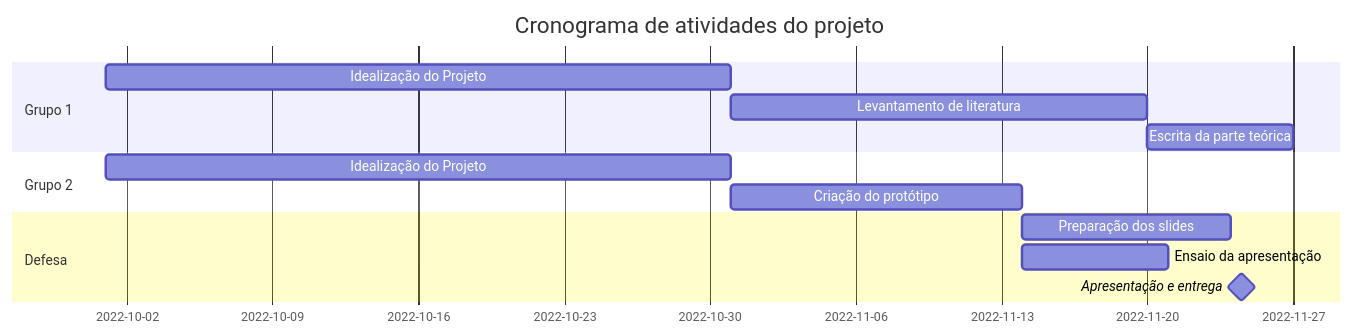
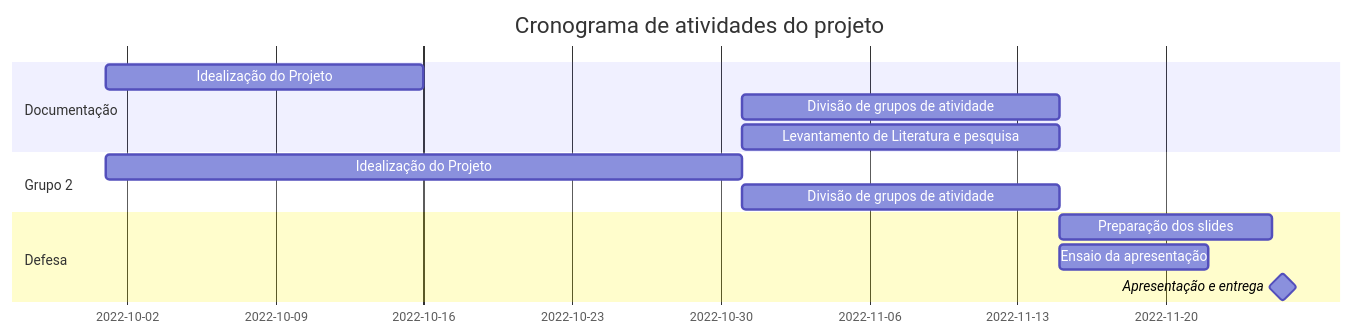
The diagram in README.md (JVictor1012/projeto-integrador-gantt), drawn with Mermaid before and after one commit.

````diff
--- a/README.md
+++ b/README.md
@@ -3,16 +3,19 @@
 ```mermaid
     gantt
     title Cronograma de atividades do projeto
     dateFormat  YYYY-MM-DD
-    section Grupo 1
-    Idealização do Projeto      :a1, 2022-10-01, 30d
-    Levantamento de literatura   :a2,after a1  , 20d
-    Escrita da parte teórica  :a3,after a2, 7d
+    section Documentação 
+    Idealização do Projeto      :a1, 2022-10-01, 15d
+    Divisão de grupos de atividade   :a2, after a1  , 15d
+    Levantamento de Literatura e pesquisa   :a3, after a1  , 15d
+    
+    
     section Grupo 2
     Idealização do Projeto      :a1, 2022-10-01, 30d
-    Criação do protótipo      :c3,     after c2, 14d
+    Divisão de grupos de atividade   :a2, after a1  , 15d
+    
     section Defesa
     Preparação dos slides :p1, after c3, 10d
     Ensaio da apresentação :p2, after c3, 7d
     Apresentação e entrega  :milestone, after p1, 1d
 ```
````
